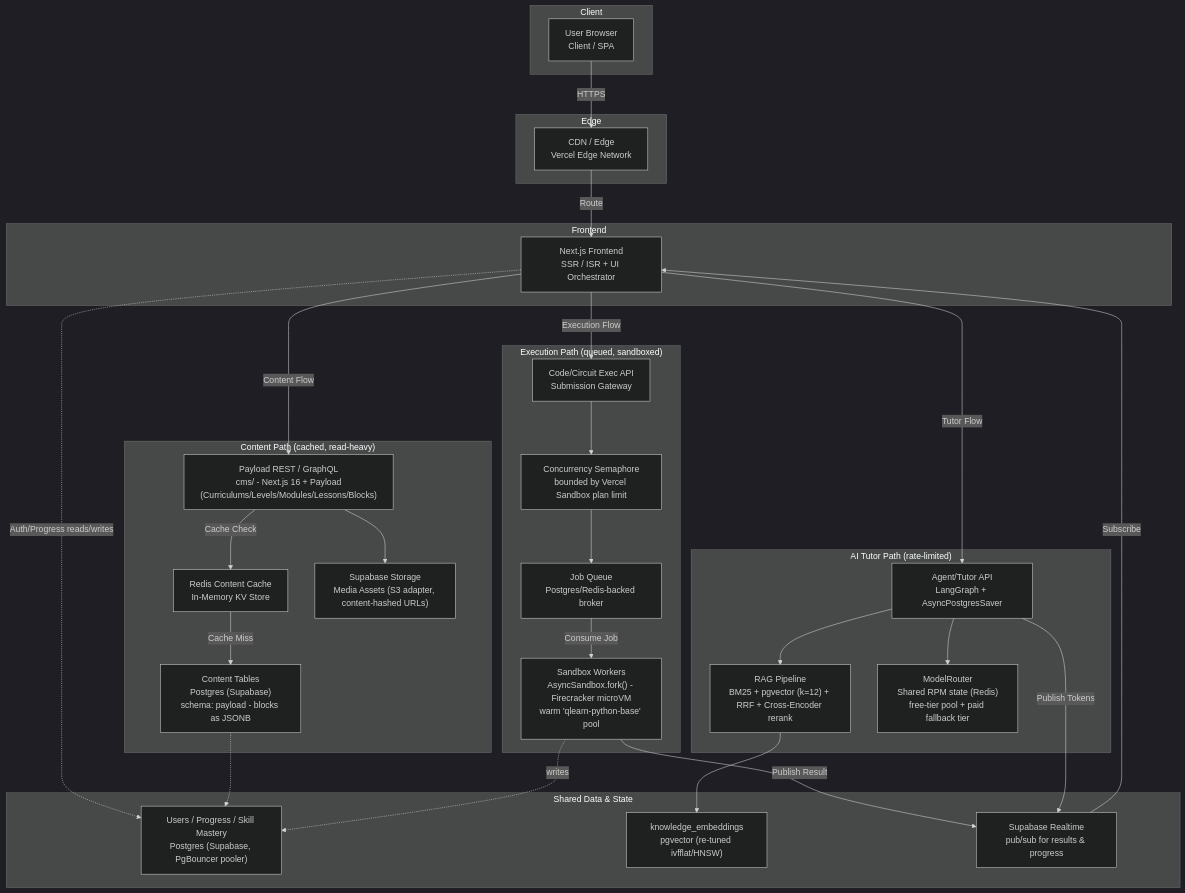
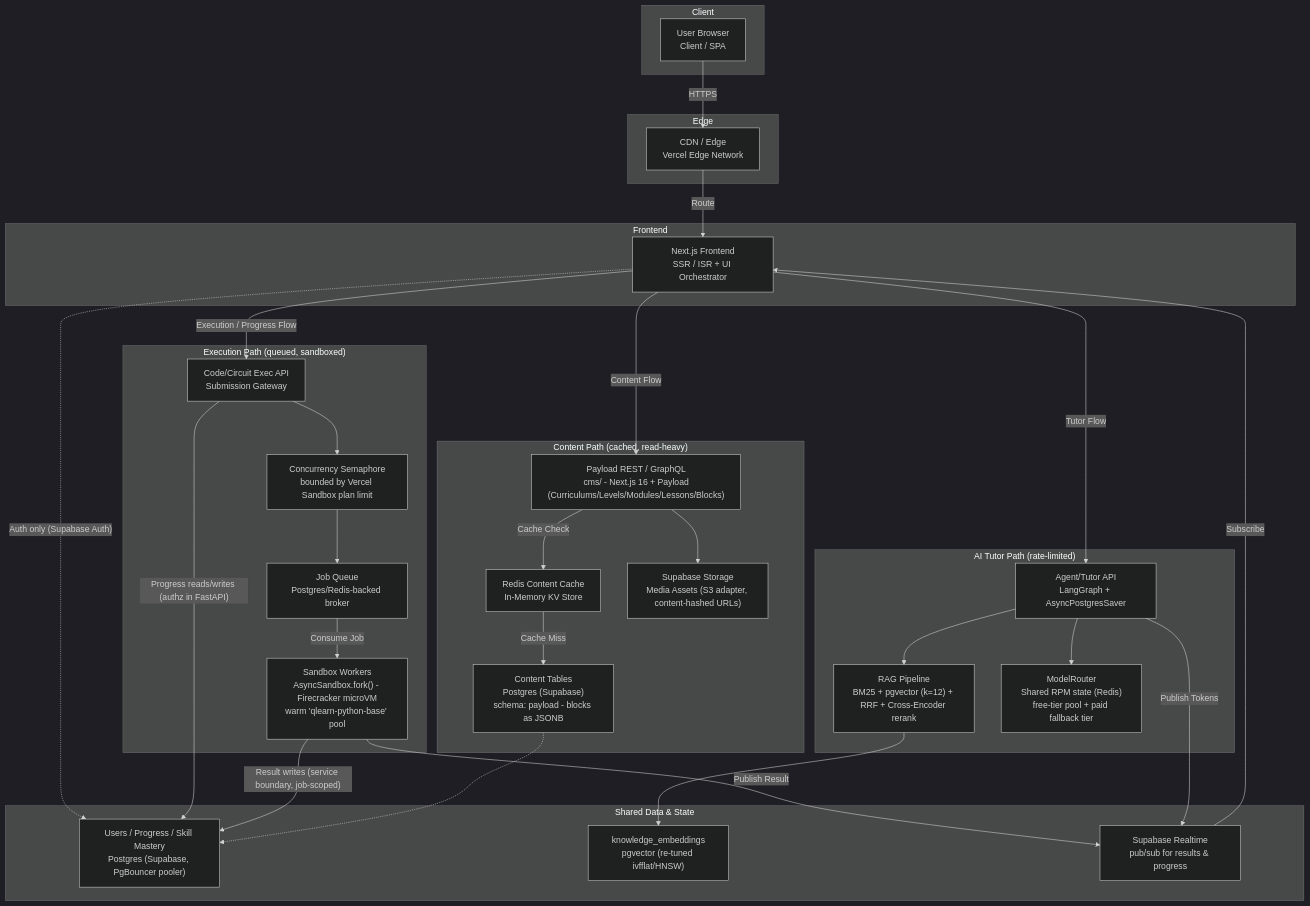
Before and after one commit to qphase-ai/Q-Learn: the diagram in docs/Curriculum/q-learn-scaling-architecture.md, drawn with Mermaid (dark theme). The commit also changed other lines of this file, not shown here.

First line of the commit message:
docs: resolve open scaling decisions (Hobby quota, auth boundary, Redis)

````diff
--- a/docs/Curriculum/q-learn-scaling-architecture.md
+++ b/docs/Curriculum/q-learn-scaling-architecture.md
@@ -36,65 +36,66 @@
 ```mermaid
 flowchart TD
     subgraph Client
         Browser["User Browser<br/>Client / SPA"]
     end
 
     subgraph Edge
         CDN["CDN / Edge<br/>Vercel Edge Network"]
     end
 
     subgraph Frontend
         Next["Next.js Frontend<br/>SSR / ISR + UI Orchestrator"]
     end
 
     Browser -- HTTPS --> CDN
     CDN -- Route --> Next
 
     subgraph ContentPath["Content Path (cached, read-heavy)"]
         ContentAPI["Payload REST / GraphQL<br/>cms/ - Next.js 16 + Payload<br/>(Curriculums/Levels/Modules/Lessons/Blocks)"]
         RedisContent["Redis Content Cache<br/>In-Memory KV Store"]
         ContentDB["Content Tables<br/>Postgres (Supabase)<br/>schema: payload - blocks as JSONB"]
         Storage["Supabase Storage<br/>Media Assets (S3 adapter, content-hashed URLs)"]
     end
 
     subgraph ExecutionPath["Execution Path (queued, sandboxed)"]
         ExecAPI["Code/Circuit Exec API<br/>Submission Gateway"]
         Queue["Job Queue<br/>Postgres/Redis-backed broker"]
         Workers["Sandbox Workers<br/>AsyncSandbox.fork() - Firecracker microVM<br/>warm 'qlearn-python-base' pool"]
         RateGate["Concurrency Semaphore<br/>bounded by Vercel Sandbox plan limit"]
     end
 
     subgraph TutorPath["AI Tutor Path (rate-limited)"]
         AgentAPI["Agent/Tutor API<br/>LangGraph + AsyncPostgresSaver"]
         RAG["RAG Pipeline<br/>BM25 + pgvector (k=12) + RRF + Cross-Encoder rerank"]
         ModelRouter["ModelRouter<br/>Shared RPM state (Redis)<br/>free-tier pool + paid fallback tier"]
     end
 
     subgraph SharedData["Shared Data & State"]
         UsersDB["Users / Progress / Skill Mastery<br/>Postgres (Supabase, PgBouncer pooler)"]
         Embeddings["knowledge_embeddings<br/>pgvector (re-tuned ivfflat/HNSW)"]
         Realtime["Supabase Realtime<br/>pub/sub for results & progress"]
     end
 
     Next -- Content Flow --> ContentAPI
-    Next -- Execution Flow --> ExecAPI
+    Next -- "Execution / Progress Flow" --> ExecAPI
     Next -- Tutor Flow --> AgentAPI
-    Next -.->|Auth/Progress reads/writes| UsersDB
+    Next -.->|"Auth only (Supabase Auth)"| UsersDB
+    ExecAPI -- "Progress reads/writes (authz in FastAPI)" --> UsersDB
+    Workers -- "Result writes (service boundary, job-scoped)" --> UsersDB
 
     ContentAPI -- Cache Check --> RedisContent
     RedisContent -- Cache Miss --> ContentDB
     ContentAPI --> Storage
 
     ExecAPI --> RateGate --> Queue
     Queue -- Consume Job --> Workers
     Workers -- Publish Result --> Realtime
     Realtime -- Subscribe --> Next
 
     AgentAPI --> ModelRouter
     AgentAPI --> RAG
     RAG --> Embeddings
     AgentAPI -- Publish Tokens --> Realtime
 
     ContentDB -.-> UsersDB
-    Workers -.->|writes| UsersDB
 ```
````
